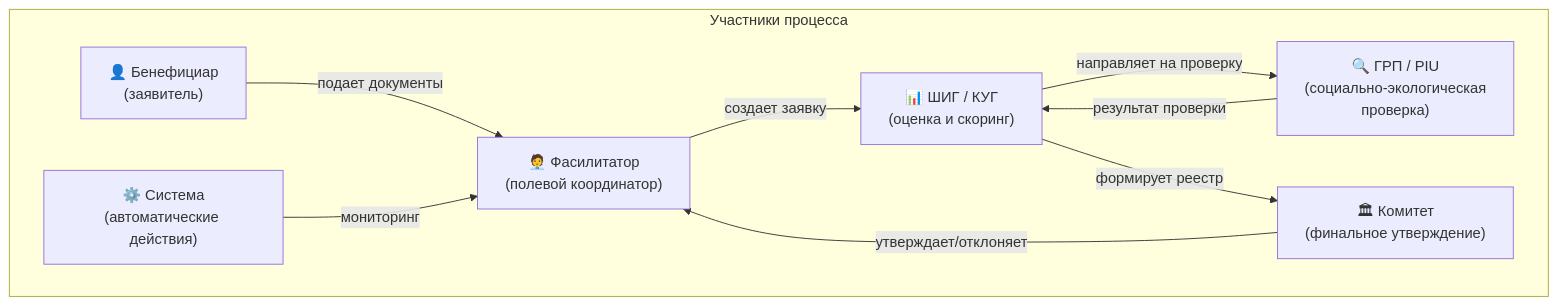
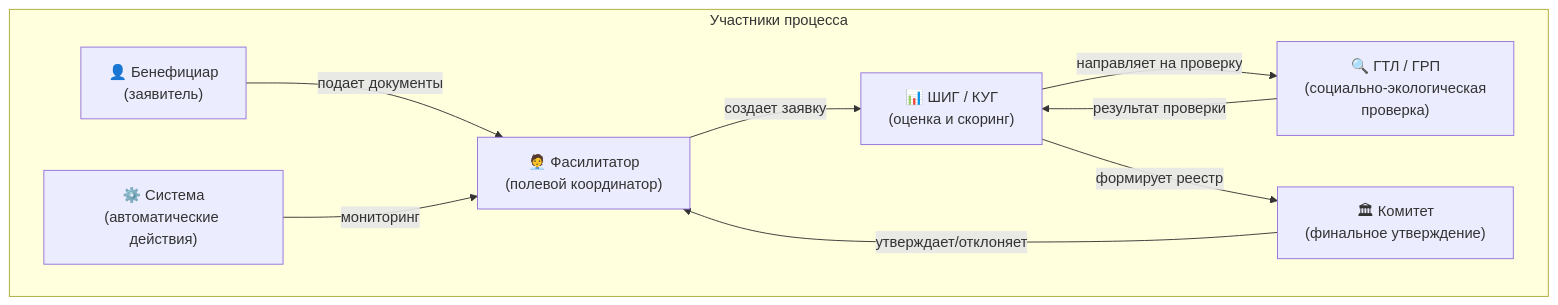
The first of 13 diagrams in docs/BUSINESS-PROCESSES.md (firka-kh/eip-test), drawn with Mermaid before and after one commit. The commit also changed other lines of this file and 11 other files, not shown here.

````diff
--- a/docs/BUSINESS-PROCESSES.md
+++ b/docs/BUSINESS-PROCESSES.md
@@ -20,19 +20,19 @@
 ```mermaid
 graph TB
     subgraph "Участники процесса"
         B["👤 Бенефициар<br/>(заявитель)"]
         F["🧑‍💼 Фасилитатор<br/>(полевой координатор)"]
         G["📊 ШИГ / КУГ<br/>(оценка и скоринг)"]
-        P["🔍 ГРП / PIU<br/>(социально-экологическая<br/>проверка)"]
+        P["🔍 ГТЛ / ГРП<br/>(социально-экологическая<br/>проверка)"]
         C["🏛 Комитет<br/>(финальное утверждение)"]
         S["⚙️ Система<br/>(автоматические действия)"]
     end
 
     B -->|подает документы| F
     F -->|создает заявку| G
     G -->|направляет на проверку| P
     P -->|результат проверки| G
     G -->|формирует реестр| C
     C -->|утверждает/отклоняет| F
     S -->|мониторинг| F
 ```
````
